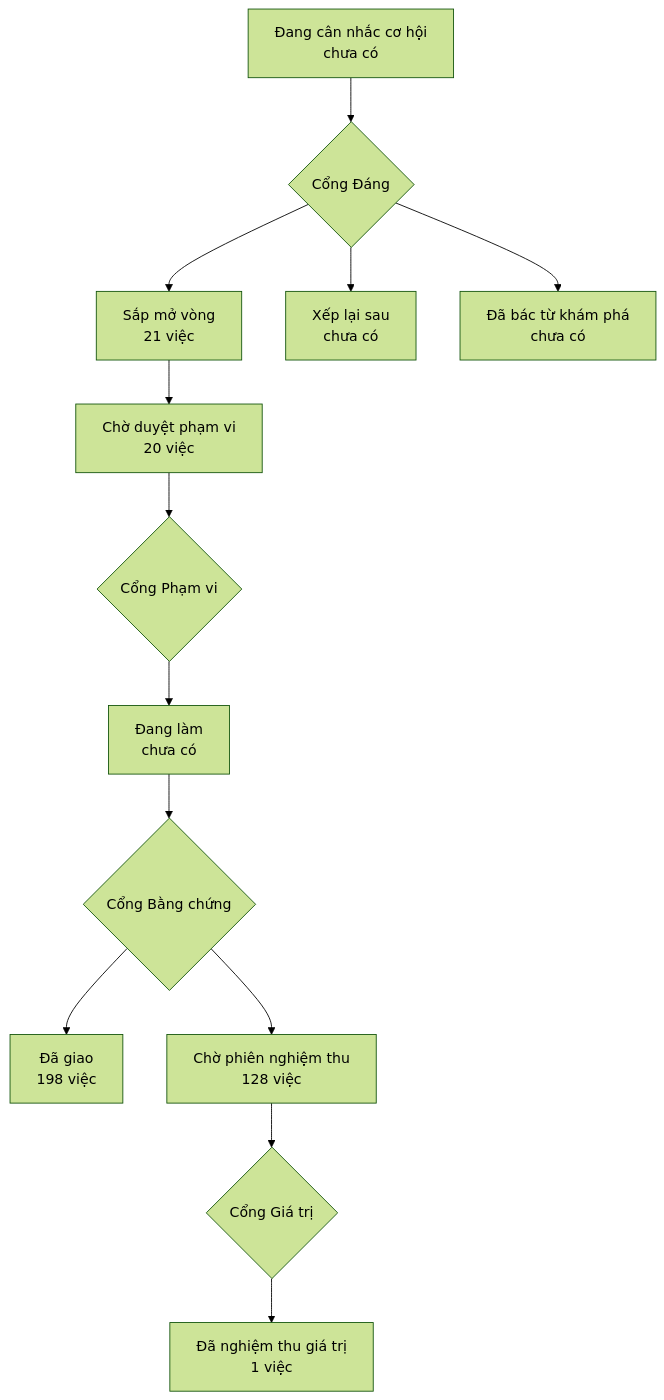
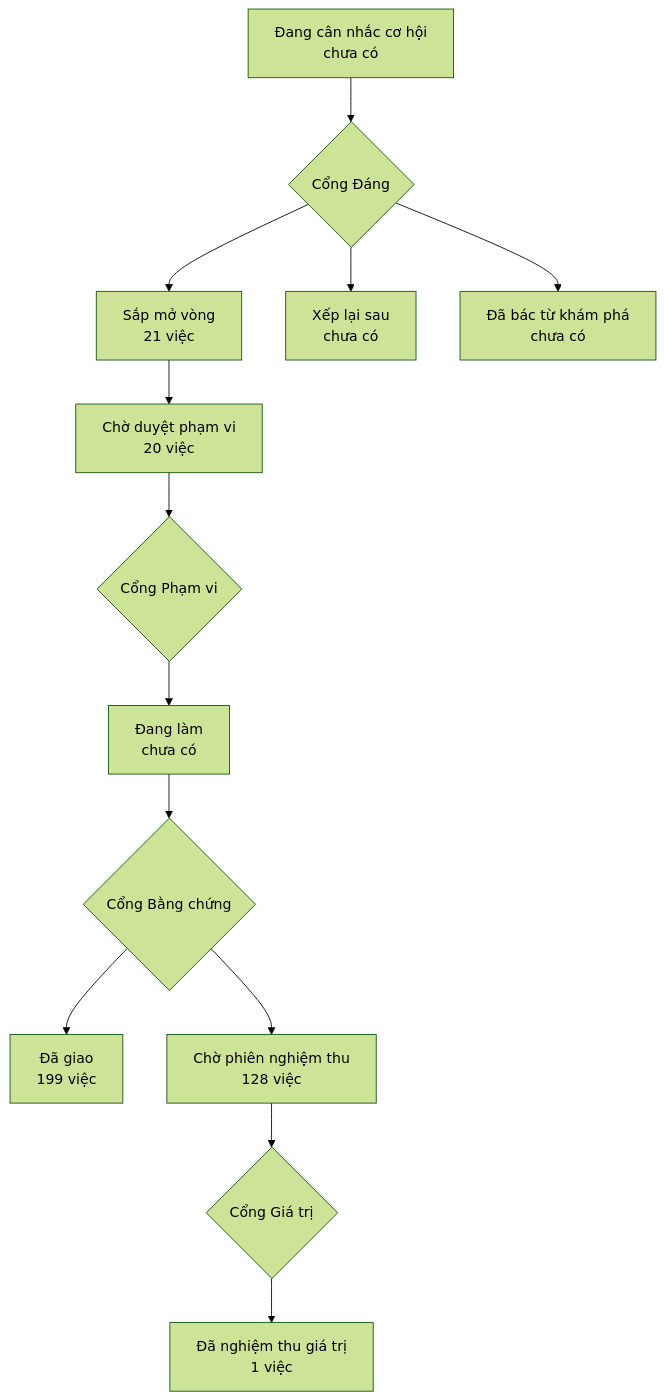
The diagram in PRODUCT-MAP.md (phanlemanh/onehub-invest), drawn with Mermaid (forest theme) before and after one commit. The commit also changed other lines of this file and 1 other file, not shown here.

Commit message:
chore(map): vẽ lại bản đồ sản phẩm sau khi gộp main (#469)

````diff
--- a/PRODUCT-MAP.md
+++ b/PRODUCT-MAP.md
@@ -7,12 +7,12 @@
 ```mermaid
 flowchart TD
   A["Đang cân nhắc cơ hội<br/>chưa có"] --> GD{"Cổng Đáng"}
   GD --> B["Sắp mở vòng<br/>21 việc"]
   GD --> XL["Xếp lại sau<br/>chưa có"]
   GD --> DB["Đã bác từ khám phá<br/>chưa có"]
   B --> CD["Chờ duyệt phạm vi<br/>20 việc"] --> GP{"Cổng Phạm vi"}
   GP --> DL["Đang làm<br/>chưa có"] --> GB{"Cổng Bằng chứng"}
-  GB --> DG["Đã giao<br/>198 việc"]
+  GB --> DG["Đã giao<br/>199 việc"]
   GB --> CN["Chờ phiên nghiệm thu<br/>128 việc"] --> GG{"Cổng Giá trị"}
   GG --> NT["Đã nghiệm thu giá trị<br/>1 việc"]
 ```
````
